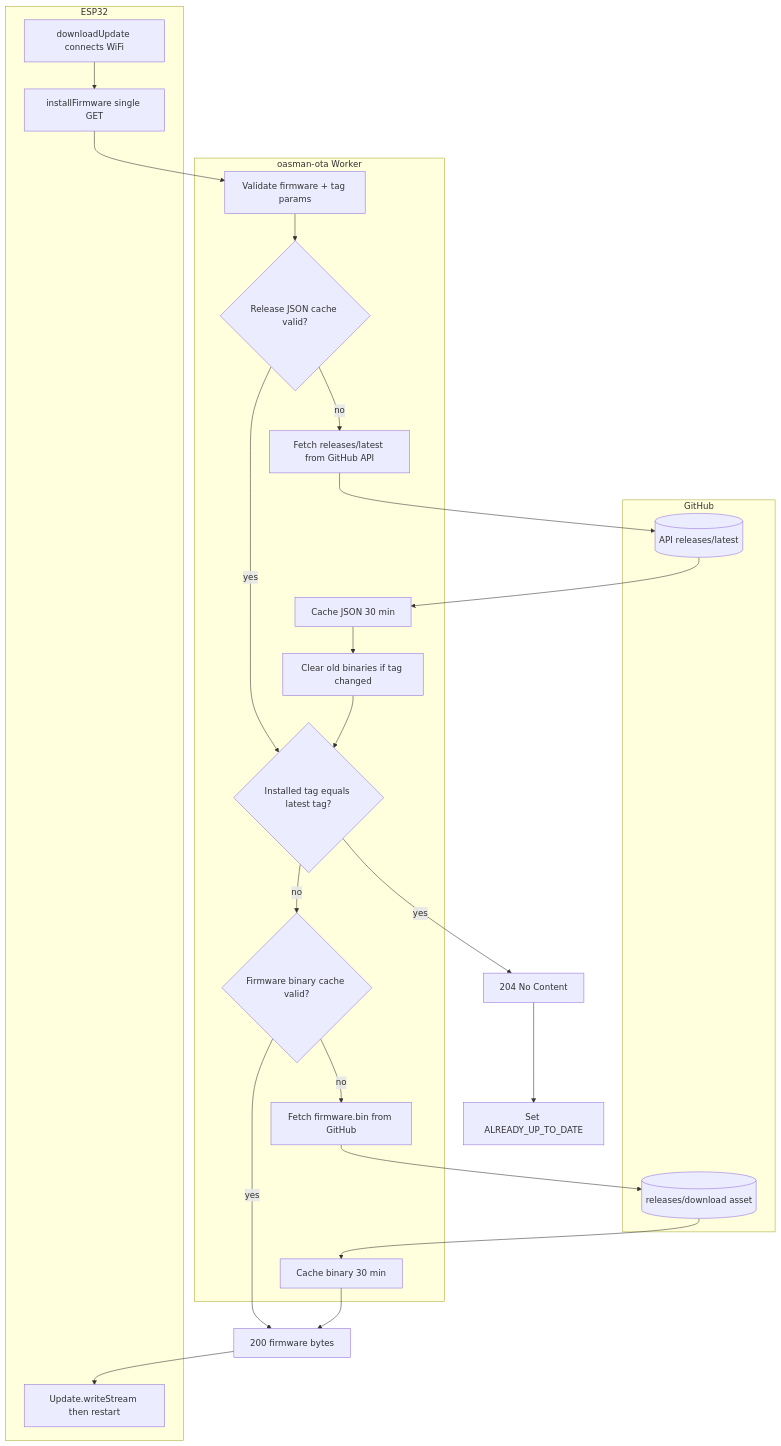
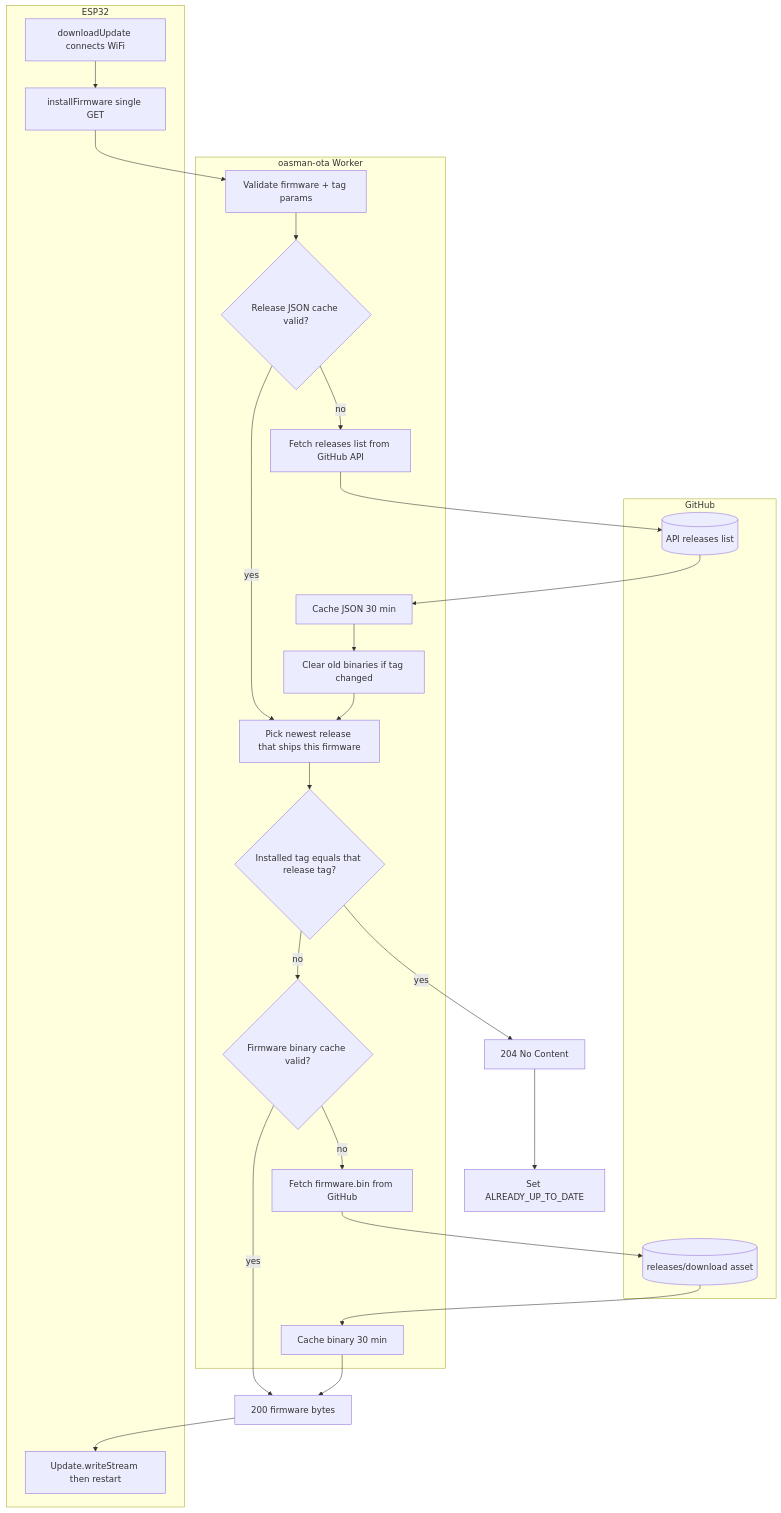
Before and after one commit to gopro2027/ArduinoAirSuspensionController: the first of 2 diagrams in ESP32_SHARED_LIBS/src/oasman-ota_flowchart.md, drawn with Mermaid. The commit also changed other lines of this file and 1 other file, not shown here.

Commit message:
Updated oasman-ota_worker to get recent releases instead of only the latest

````diff
--- a/ESP32_SHARED_LIBS/src/oasman-ota_flowchart.md
+++ b/ESP32_SHARED_LIBS/src/oasman-ota_flowchart.md
@@ -13,44 +13,46 @@
 ```mermaid
 flowchart TB
     subgraph esp32 [ESP32]
         A[downloadUpdate connects WiFi]
         B[installFirmware single GET]
         C[Update.writeStream then restart]
     end
 
     subgraph worker [oasman-ota Worker]
         D[Validate firmware + tag params]
         E{Release JSON cache valid?}
-        F[Fetch releases/latest from GitHub API]
+        F[Fetch releases list from GitHub API]
         G[Cache JSON 30 min]
-        H{Installed tag equals latest tag?}
+        M[Pick newest release that ships this firmware]
+        H{Installed tag equals that release tag?}
         I{Firmware binary cache valid?}
         J[Fetch firmware.bin from GitHub]
         K[Cache binary 30 min]
         L[Clear old binaries if tag changed]
     end
 
     subgraph github [GitHub]
-        API[(API releases/latest)]
+        API[(API releases list)]
         BIN[(releases/download asset)]
     end
 
     A --> B
     B --> D
     D --> E
-    E -->|yes| H
+    E -->|yes| M
     E -->|no| F
     F --> API
     API --> G
     G --> L
-    L --> H
+    L --> M
+    M --> H
     H -->|yes| R204["204 No Content"]
     H -->|no| I
     I -->|yes| R200["200 firmware bytes"]
     I -->|no| J
     J --> BIN
     BIN --> K
     K --> R200
     R204 --> ESP204[Set ALREADY_UP_TO_DATE]
     R200 --> C
 ```
````
